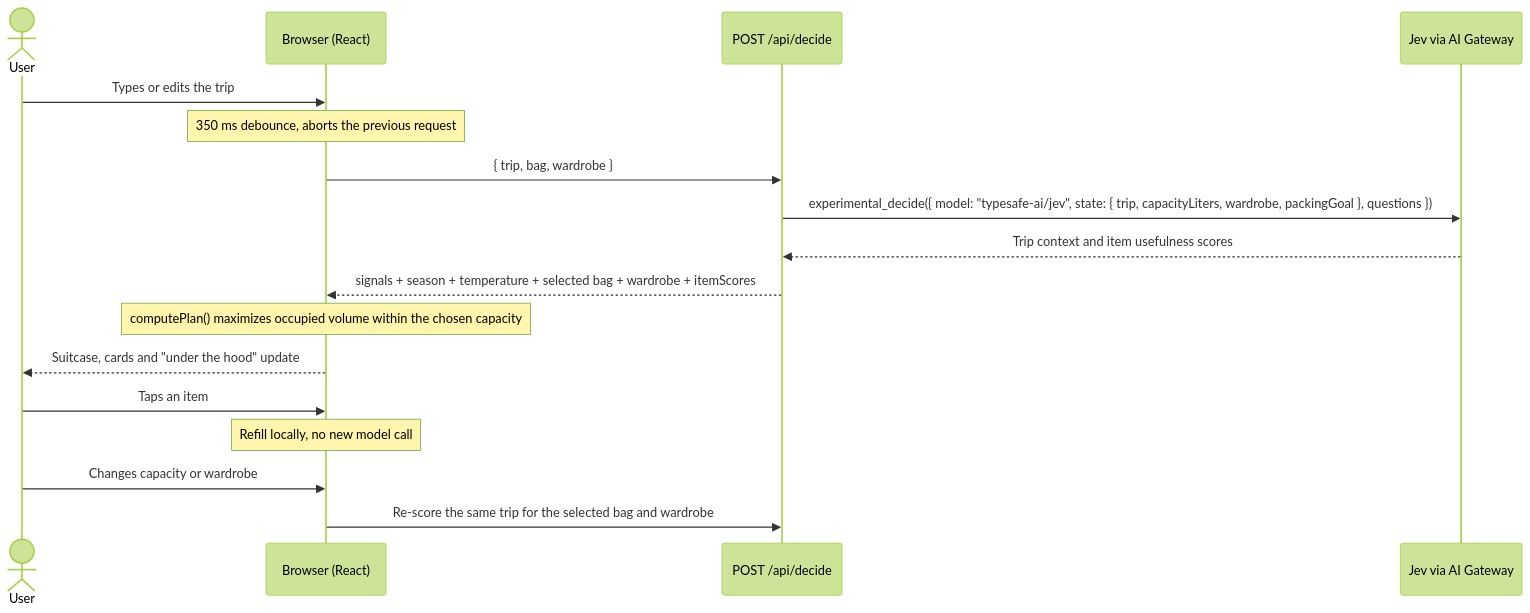
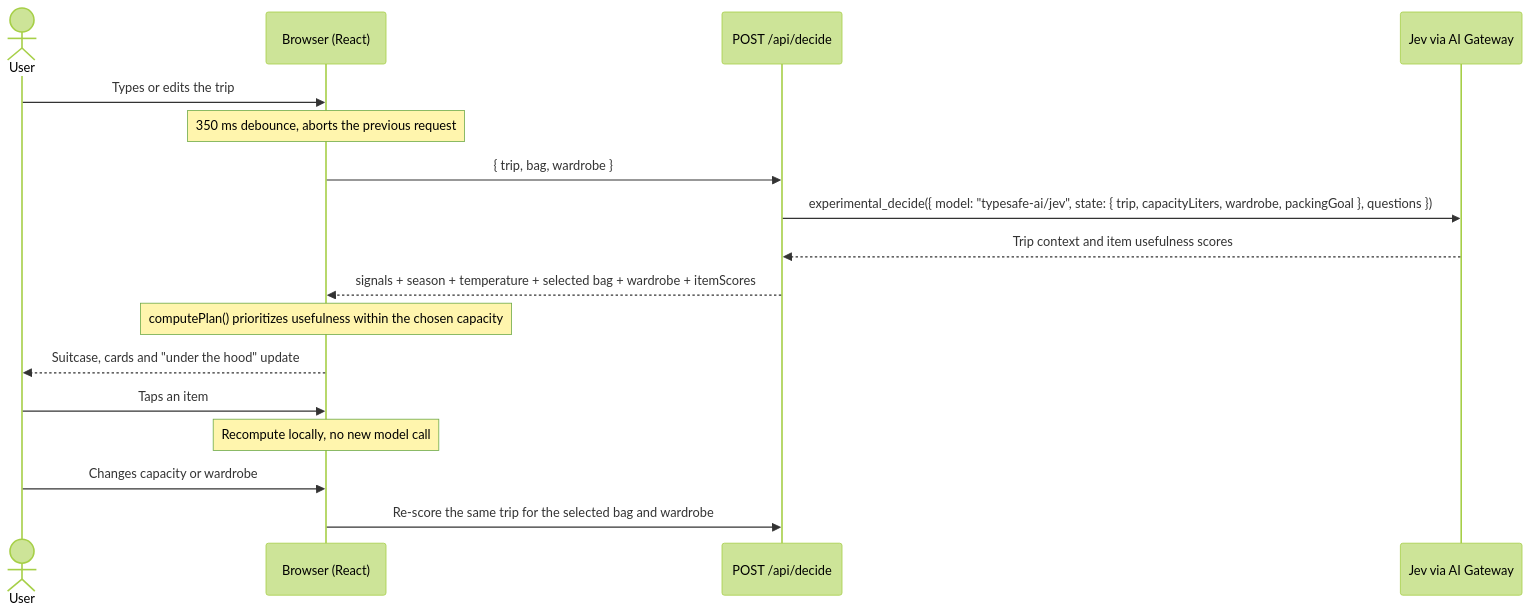
One commit to poacosta/smart-packing-demo-with-jev changed the second of 3 diagrams in README.md. Above: the diagram before and after it, drawn with Mermaid (forest theme). The commit also changed other lines of this file and 8 other files, not shown here.

````diff
--- a/README.md
+++ b/README.md
@@ -66,20 +67,20 @@
 ```mermaid
 sequenceDiagram
     actor User
     participant UI as Browser (React)
     participant API as POST /api/decide
     participant Jev as Jev via AI Gateway
 
     User->>UI: Types or edits the trip
     Note over UI: 350 ms debounce, aborts the previous request
     UI->>API: { trip, bag, wardrobe }
     API->>Jev: experimental_decide({ model: "typesafe-ai/jev", state: { trip, capacityLiters, wardrobe, packingGoal }, questions })
     Jev-->>API: Trip context and item usefulness scores
     API-->>UI: signals + season + temperature + selected bag + wardrobe + itemScores
-    Note over UI: computePlan() maximizes occupied volume within the chosen capacity
+    Note over UI: computePlan() prioritizes usefulness within the chosen capacity
     UI-->>User: Suitcase, cards and "under the hood" update
     User->>UI: Taps an item
-    Note over UI: Refill locally, no new model call
+    Note over UI: Recompute locally, no new model call
     User->>UI: Changes capacity or wardrobe
     UI->>API: Re-score the same trip for the selected bag and wardrobe
 ```
````
